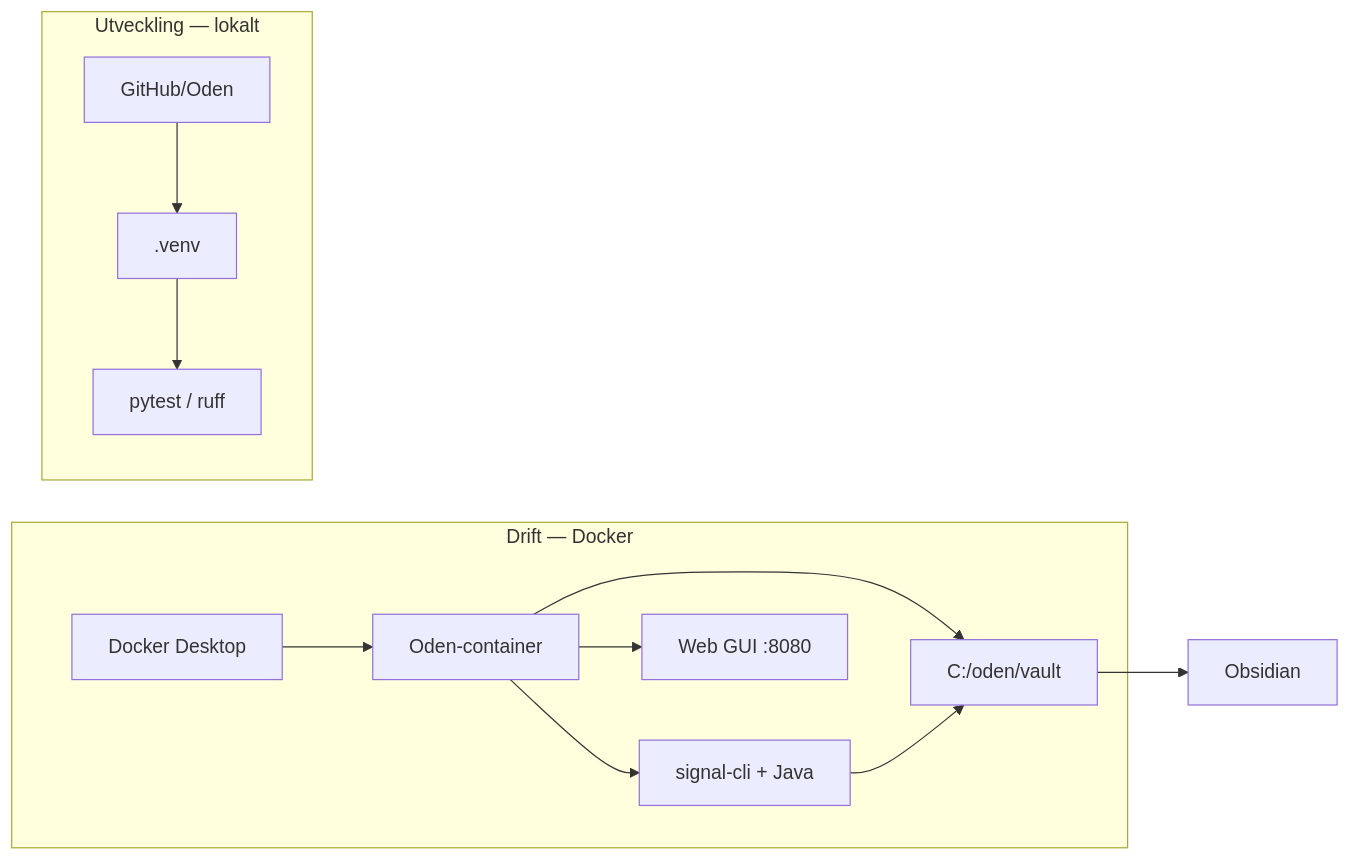
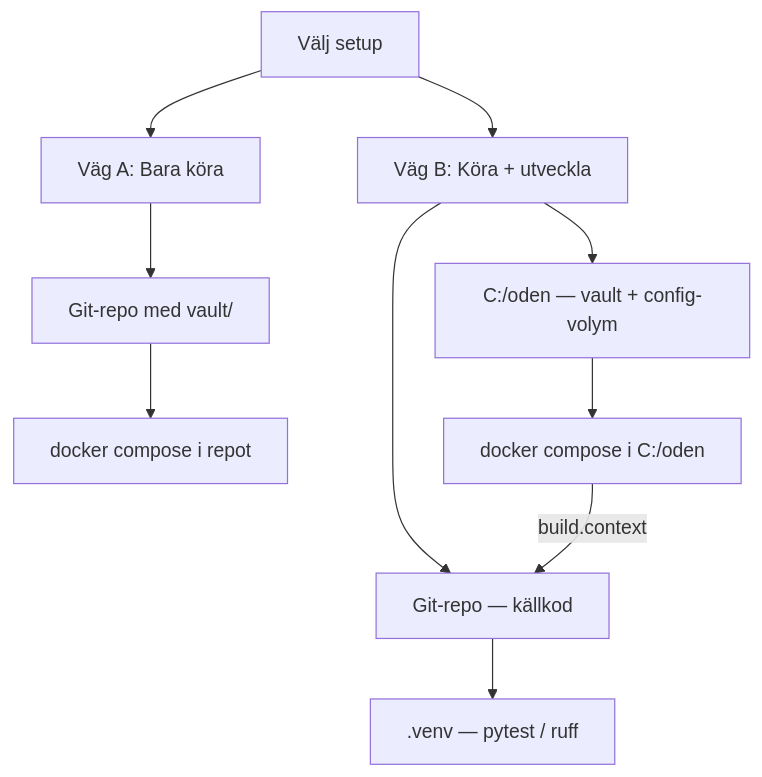
Before and after one commit to gustavtraff/oden: the diagram in docs/SETUP_GUIDE_WINDOWS.md, drawn with Mermaid. The commit also changed other lines of this file and 1 other file, not shown here.

Commit message:
docs: split Windows setup into run-only vs develop paths

````diff
--- a/docs/SETUP_GUIDE_WINDOWS.md
+++ b/docs/SETUP_GUIDE_WINDOWS.md
@@ -41,17 +49,14 @@
 ```mermaid
-flowchart LR
-    subgraph drift [Drift — Docker]
-        Docker[Docker Desktop] --> Container[Oden-container]
-        Container --> SignalCLI[signal-cli + Java]
-        Container --> WebGUI[Web GUI :8080]
-        Container --> Vault[C:/oden/vault]
-    end
+flowchart TB
+    start[Välj setup] --> A[Väg A: Bara köra]
+    start --> B[Väg B: Köra + utveckla]
 
-    subgraph dev [Utveckling — lokalt]
-        Repo[GitHub/Oden] --> Venv[.venv]
-        Venv --> Pytest[pytest / ruff]
-    end
+    A --> repoA[Git-repo med vault/]
+    repoA --> dockerA[docker compose i repot]
 
-    SignalCLI --> Vault
-    Vault --> Obsidian[Obsidian]
+    B --> repoB[Git-repo — källkod]
+    B --> odenDir[C:/oden — vault + config-volym]
+    odenDir --> dockerB[docker compose i C:/oden]
+    dockerB -->|build.context| repoB
+    repoB --> venv[.venv — pytest / ruff]
 ```
````
